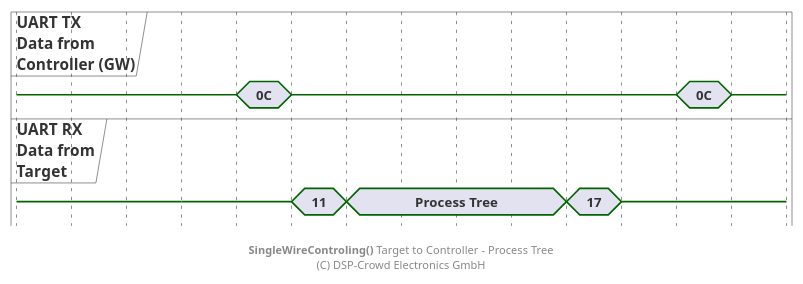
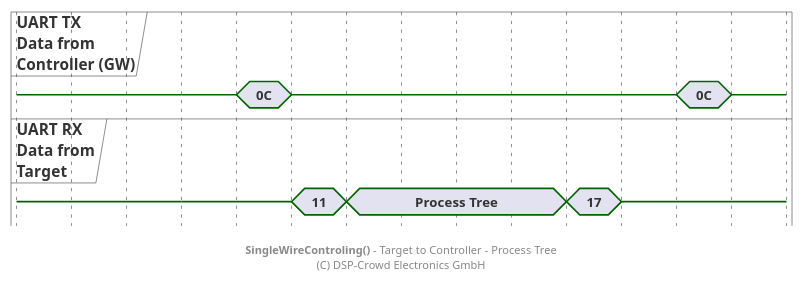
One commit to NoOrientationProgramming/code-orb changed the diagram in doc/system/protocol/A1_swt-target-to-ctrl_proc.pu. Above: the diagram before and after it, drawn with PlantUML. The commit also changed 15 other files, not shown here.

```diff
--- a/doc/system/protocol/A1_swt-target-to-ctrl_proc.pu
+++ b/doc/system/protocol/A1_swt-target-to-ctrl_proc.pu
@@ -2,40 +2,40 @@
 @startuml
 
 hide time-axis
 
 concise "UART TX\nData from\nController (GW)" as ctrl
 concise "UART RX\nData from\nTarget" as tar
 
 @0
 ctrl is {-}
 tar is {-}
 
 @+60
 ctrl is {-}
 tar is {-}
 
 @+20
 ctrl is "0C"
 
 @+20
 ctrl is {-}
 tar is "11"
 
 @+20
 tar is "Process Tree"
 
 @+80
 tar is "17"
 
 @+20
 tar is {-}
 
 @+20
 ctrl is "0C"
 
 @+20
 ctrl is {-}
 
-footer **SingleWireControling()** Target to Controller - Process Tree\n(C) DSP-Crowd Electronics GmbH
+footer **SingleWireControling()** - Target to Controller - Process Tree\n(C) DSP-Crowd Electronics GmbH
 
 @enduml
```
